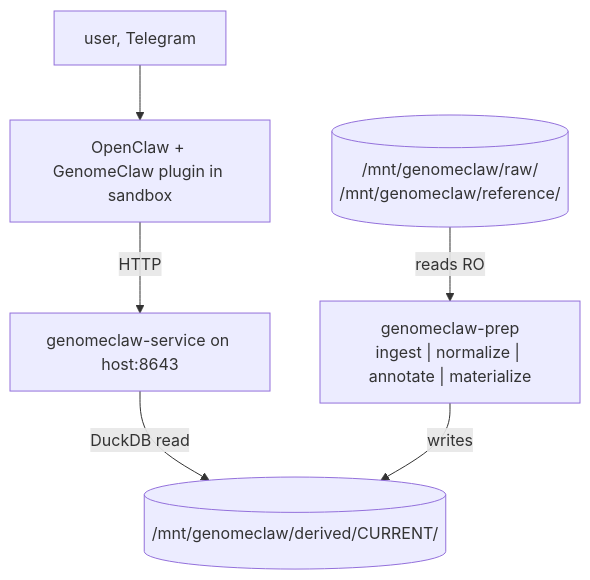
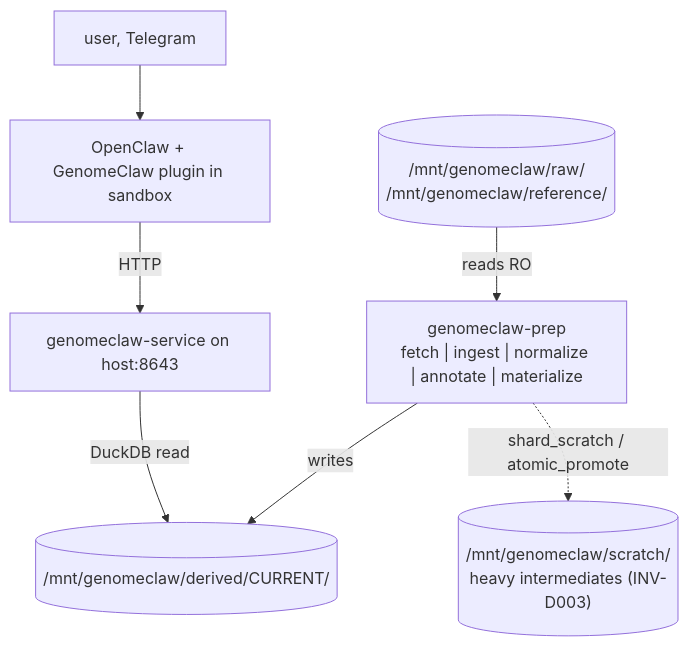
The diagram in docs/plans/active/mvp/development-plan.md (aerugo/GenomeClaw), drawn with Mermaid before and after one commit. The commit also changed other lines of this file and 8 other files, not shown here.

````diff
--- a/docs/plans/active/mvp/development-plan.md
+++ b/docs/plans/active/mvp/development-plan.md
@@ -69,15 +78,17 @@
 ```mermaid
 flowchart TB
     User["user, Telegram"]
     Sandbox["OpenClaw + GenomeClaw plugin in sandbox"]
     Service["genomeclaw-service on host:8643"]
     Store[("/mnt/genomeclaw/derived/CURRENT/")]
-    Prep["genomeclaw-prep<br/>ingest | normalize | annotate | materialize"]
+    Prep["genomeclaw-prep<br/>fetch | ingest | normalize | annotate | materialize"]
+    Scratch[("/mnt/genomeclaw/scratch/<br/>heavy intermediates (INV-D003)")]
     Raw[("/mnt/genomeclaw/raw/<br/>/mnt/genomeclaw/reference/")]
 
     User --> Sandbox
     Sandbox -->|HTTP| Service
     Service -->|DuckDB read| Store
     Prep -->|writes| Store
+    Prep -.->|shard_scratch / atomic_promote| Scratch
     Raw -->|reads RO| Prep
 ```
````
